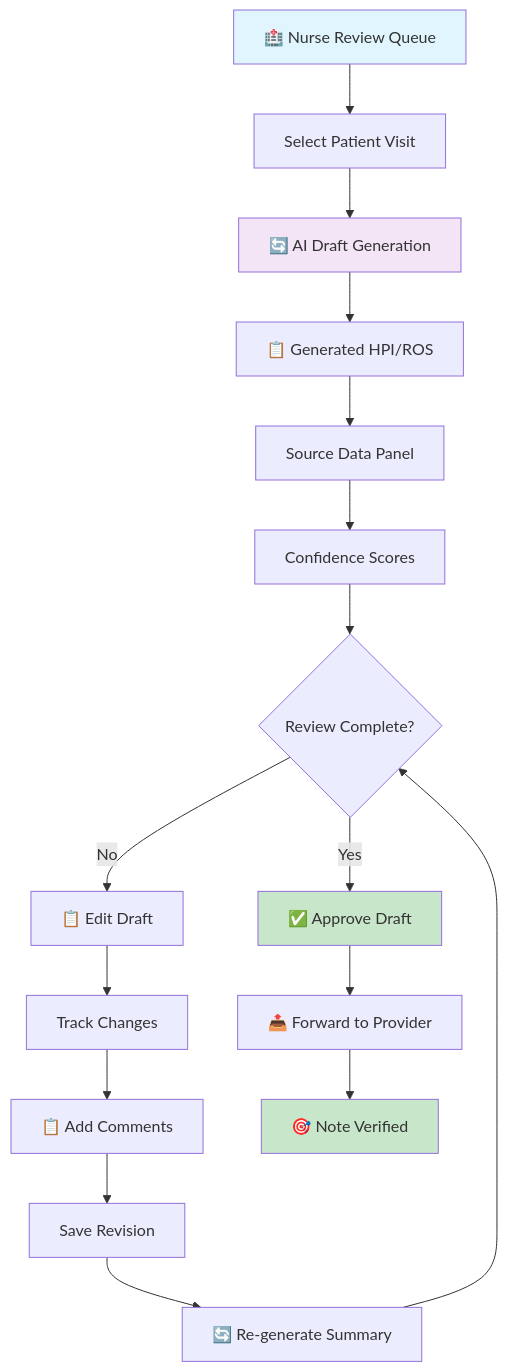
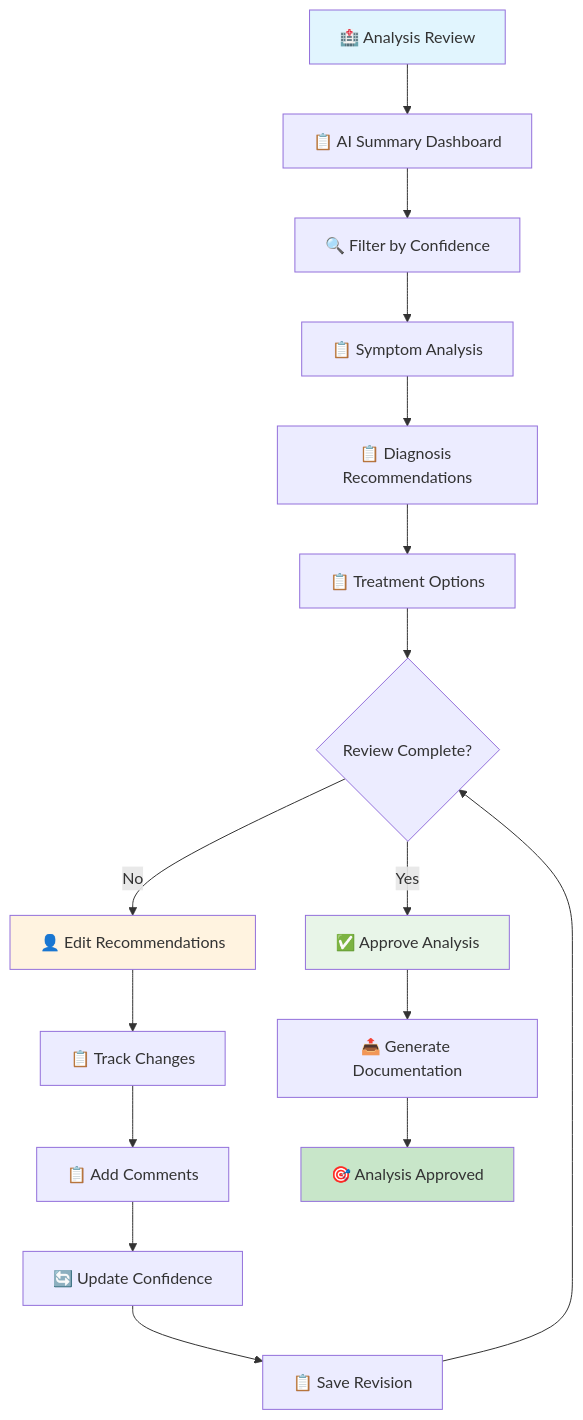
One commit to Duraman3444/PreExamChartingAgent changed the fifth of 16 diagrams in docs/wireflow-diagrams.md. Above: the diagram before and after it, drawn with Mermaid. The commit also changed other lines of this file and 5 other files, not shown here.

````diff
--- a/docs/wireflow-diagrams.md
+++ b/docs/wireflow-diagrams.md
@@ -139,23 +141,23 @@
 ```mermaid
 flowchart TD
-    A[🏥 Nurse Review Queue] --> B[Select Patient Visit]
-    B --> C[🔄 AI Draft Generation]
-    C --> D[📋 Generated HPI/ROS]
-    D --> E[Source Data Panel]
-    E --> F[Confidence Scores]
+    A[🏥 Analysis Review] --> B[📋 AI Summary Dashboard]
+    B --> C[🔍 Filter by Confidence]
+    C --> D[📋 Symptom Analysis]
+    D --> E[📋 Diagnosis Recommendations]
+    E --> F[📋 Treatment Options]
     F --> G{Review Complete?}
-    G -->|No| H[📋 Edit Draft]
-    G -->|Yes| I[✅ Approve Draft]
-    H --> J[Track Changes]
+    G -->|No| H[👤 Edit Recommendations]
+    G -->|Yes| I[✅ Approve Analysis]
+    H --> J[📋 Track Changes]
     J --> K[📋 Add Comments]
-    K --> L[Save Revision]
-    L --> M[🔄 Re-generate Summary]
+    K --> L[🔄 Update Confidence]
+    L --> M[📋 Save Revision]
     M --> G
-    I --> N[📤 Forward to Provider]
-    N --> O[🎯 Note Verified]
+    I --> N[📤 Generate Documentation]
+    N --> O[🎯 Analysis Approved]
     
     style A fill:#e1f5fe
     style O fill:#c8e6c9
-    style C fill:#f3e5f5
-    style I fill:#c8e6c9
+    style I fill:#e8f5e8
+    style H fill:#fff3e0
 ```
````
